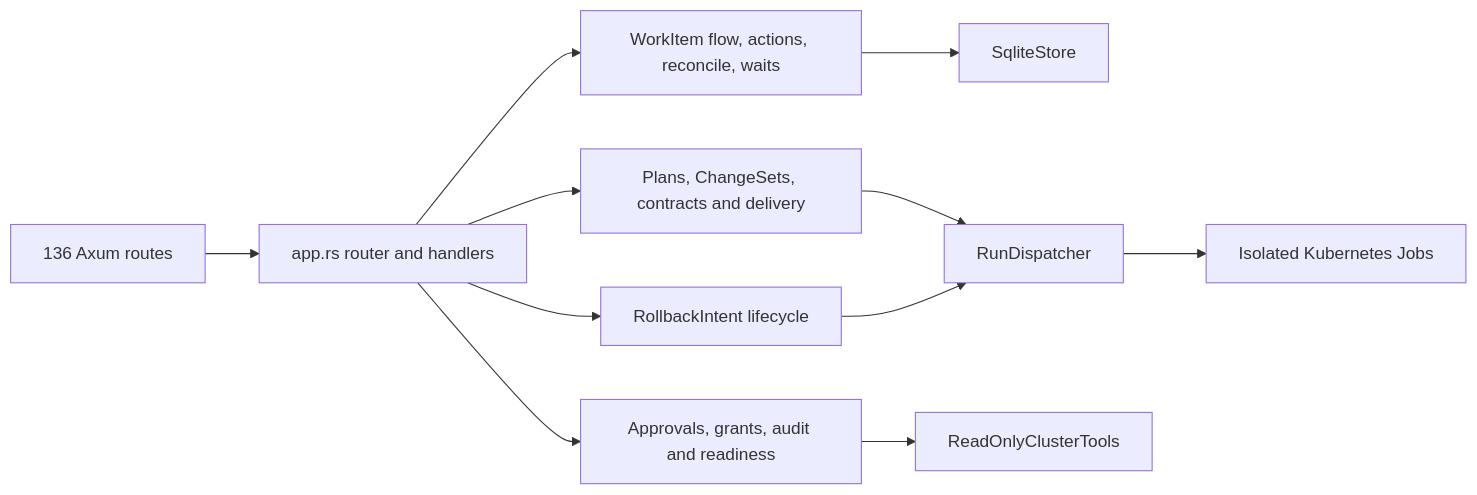
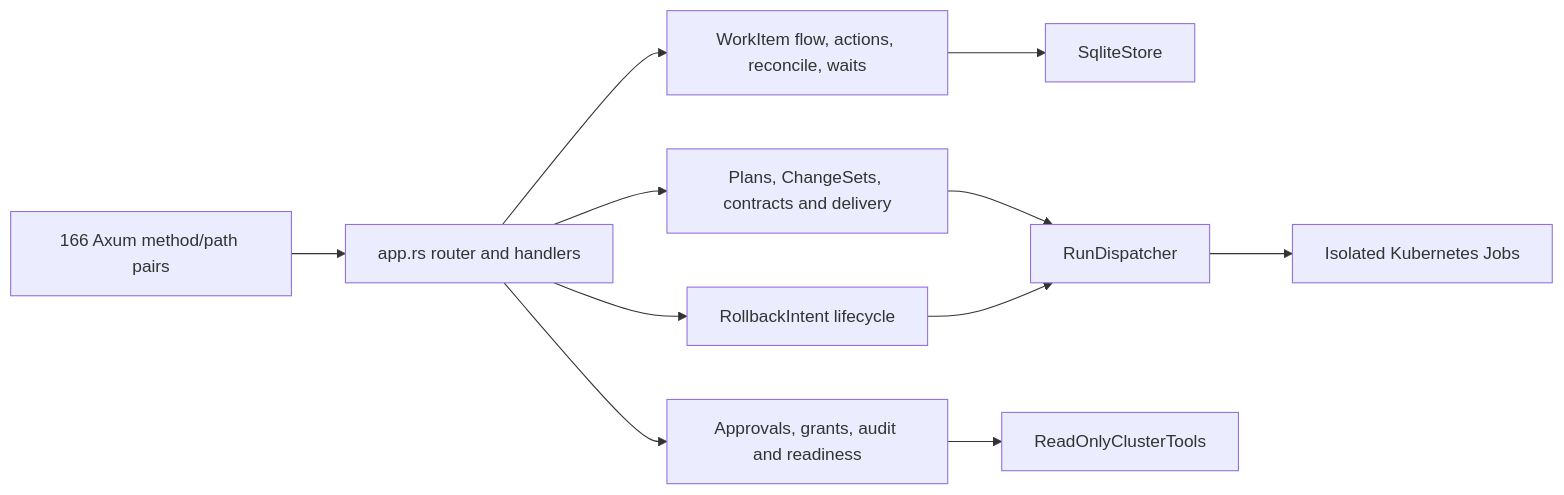
One commit to lward27/pharness changed the diagram in planning/app-rs-behavior-preserving-decomposition-milestone-2026-08-21.md. Above: the diagram before and after it, drawn with Mermaid. The commit also changed other lines of this file and 5 other files, not shown here.

````diff
--- a/planning/app-rs-behavior-preserving-decomposition-milestone-2026-08-21.md
+++ b/planning/app-rs-behavior-preserving-decomposition-milestone-2026-08-21.md
@@ -59,13 +61,13 @@
 ```mermaid
 flowchart LR
-    HTTP["136 Axum routes"] --> APP["app.rs router and handlers"]
+    HTTP["166 Axum method/path pairs"] --> APP["app.rs router and handlers"]
     APP --> WI["WorkItem flow, actions, reconcile, waits"]
     APP --> SDLC["Plans, ChangeSets, contracts and delivery"]
     APP --> GOV["Approvals, grants, audit and readiness"]
     APP --> RB["RollbackIntent lifecycle"]
     WI --> STORE["SqliteStore"]
     SDLC --> DISPATCH["RunDispatcher"]
     GOV --> CLUSTER["ReadOnlyClusterTools"]
     RB --> DISPATCH
     DISPATCH --> JOBS["Isolated Kubernetes Jobs"]
 ```
````
